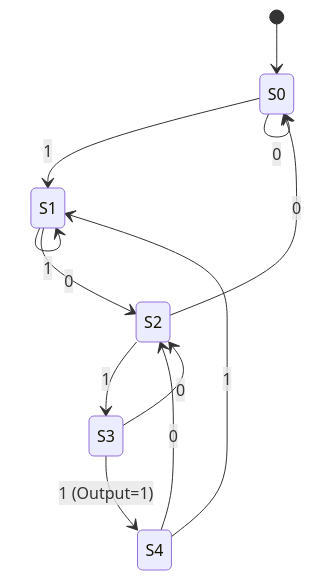
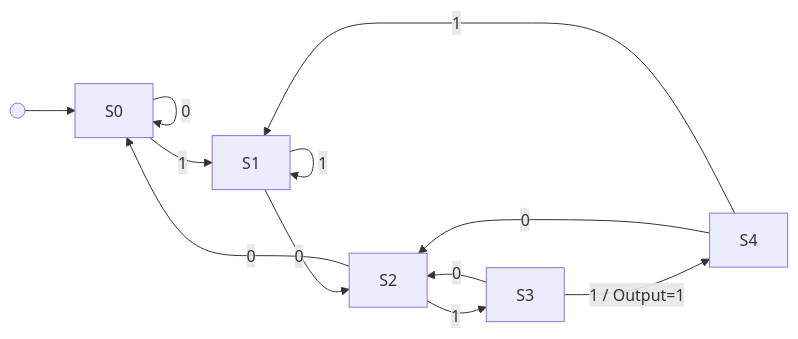
Before and after one commit to blebleblee/synapse: the first of 2 diagrams in topics/engineering/circuits/digital_logic/lesson_04_state_machines_and_memory.md, drawn with Mermaid. The commit also changed other lines of this file and 1464 other files, not shown here.

Commit message:
feat(release): curriculum vector mermaid upgrade, render hardening, and master synpack

````diff
--- a/topics/engineering/circuits/digital_logic/lesson_04_state_machines_and_memory.md
+++ b/topics/engineering/circuits/digital_logic/lesson_04_state_machines_and_memory.md
@@ -21,14 +21,19 @@
 ```mermaid
-stateDiagram-v2
-    [*] --> S0
-    S0 --> S1: 1
-    S0 --> S0: 0
-    S1 --> S1: 1
-    S1 --> S2: 0
-    S2 --> S3: 1
-    S2 --> S0: 0
-    S3 --> S4: 1 (Output=1)
-    S3 --> S2: 0
-    S4 --> S1: 1
-    S4 --> S2: 0
+flowchart LR
+    INIT((" ")) --> S0["S0"]
+
+    S0["S0"] -->|"0"| S0
+    S0["S0"] -->|"1"| S1["S1"]
+
+    S1["S1"] -->|"1"| S1
+    S1["S1"] -->|"0"| S2["S2"]
+
+    S2["S2"] -->|"0"| S0
+    S2["S2"] -->|"1"| S3["S3"]
+
+    S3["S3"] -->|"0"| S2
+    S3["S3"] -->|"1 / Output=1"| S4["S4"]
+
+    S4["S4"] -->|"0"| S2
+    S4["S4"] -->|"1"| S1
 ```
````
